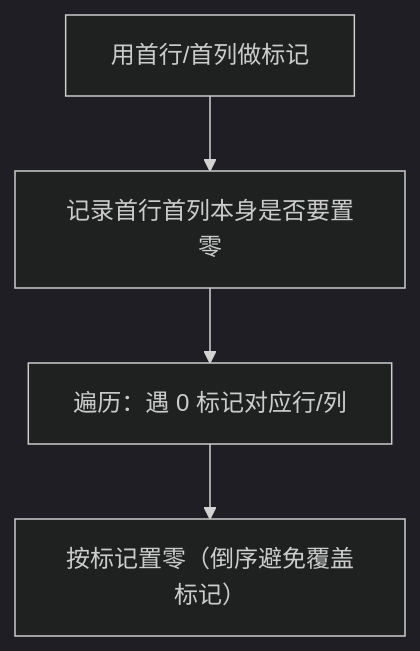
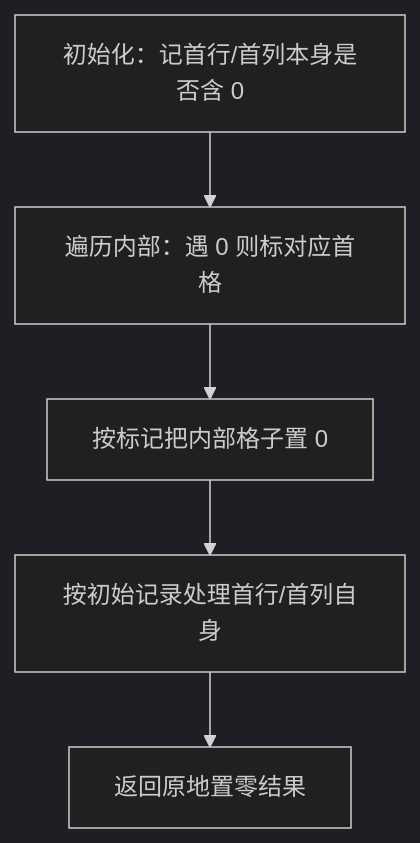
The first of 2 diagrams in 06-矩阵/0073-矩阵置零.md (OctalZero/hot100-py), drawn with Mermaid (dark theme) before and after one commit. The commit also changed other lines of this file and 117 other files, not shown here.

First line of the commit message:
feat: 全题解配图升级为「动画式 mermaid」（总览骨架 + 横向时间线逐步推演）

````diff
--- a/06-矩阵/0073-矩阵置零.md
+++ b/06-矩阵/0073-矩阵置零.md
@@ -20,6 +20,7 @@
 ```mermaid
 flowchart TD
-    A["用首行/首列做标记"] --> B["记录首行首列本身是否要置零"]
-    B --> C["遍历：遇 0 标记对应行/列"]
-    C --> D["按标记置零（倒序避免覆盖标记）"]
+    A["初始化：记首行/首列本身是否含 0"] --> B["遍历内部：遇 0 则标对应首格"]
+    B --> C["按标记把内部格子置 0"]
+    C --> D["按初始记录处理首行/首列自身"]
+    D --> E["返回原地置零结果"]
 ```
````
